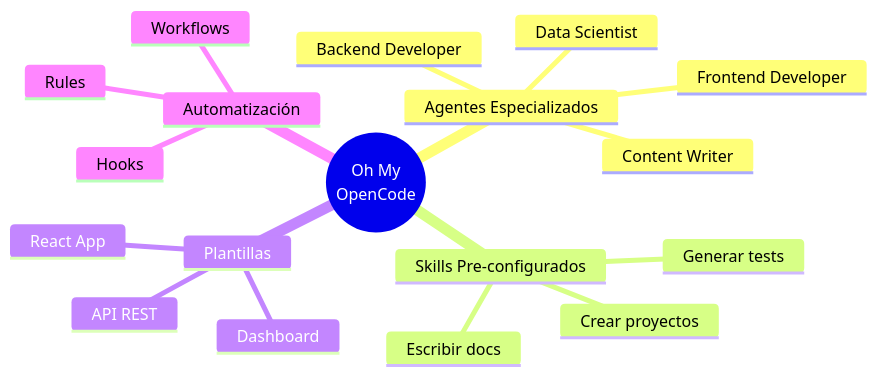
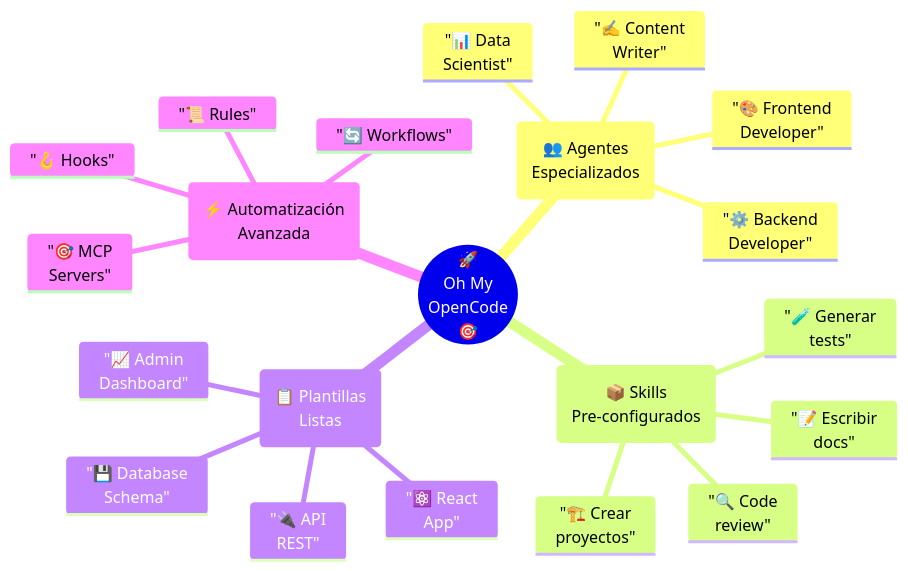
One commit to Ai-Whisperers/Courses-Content changed the seventh of 12 diagrams in courses/🟡-development/FPUNA-2026/00-FUNDAMENTOS-PRINCIPALES/01-configuracion-stack-ia.md. Above: the diagram before and after it, drawn with Mermaid. The commit also changed other lines of this file, not shown here.

First line of the commit message:
Replace Claude/Anthropic with OpenCode+Zen and improve all Mermaid diagrams

````diff
--- a/courses/🟡-development/FPUNA-2026/00-FUNDAMENTOS-PRINCIPALES/01-configuracion-stack-ia.md
+++ b/courses/🟡-development/FPUNA-2026/00-FUNDAMENTOS-PRINCIPALES/01-configuracion-stack-ia.md
@@ -385,21 +396,24 @@
 ```mermaid
 mindmap
-  root((Oh My<br/>OpenCode))
-    Agentes Especializados
-      Frontend Developer
-      Backend Developer
-      Data Scientist
-      Content Writer
-    Skills Pre-configurados
-      Crear proyectos
-      Generar tests
-      Escribir docs
-    Plantillas
-      React App
-      API REST
-      Dashboard
-    Automatización
-      Hooks
-      Rules
-      Workflows
+  root(("🚀<br/>Oh My<br/>OpenCode<br/>🎯"))
+    ("👥 Agentes<br/>Especializados")
+      "🎨 Frontend<br/>Developer"
+      "⚙️ Backend<br/>Developer"
+      "📊 Data<br/>Scientist"
+      "✍️ Content<br/>Writer"
+    ("📦 Skills<br/>Pre-configurados")
+      "🏗️ Crear<br/>proyectos"
+      "🧪 Generar<br/>tests"
+      "📝 Escribir<br/>docs"
+      "🔍 Code<br/>review"
+    ("📋 Plantillas<br/>Listas")
+      "⚛️ React<br/>App"
+      "🔌 API<br/>REST"
+      "📈 Admin<br/>Dashboard"
+      "💾 Database<br/>Schema"
+    ("⚡ Automatización<br/>Avanzada")
+      "🪝 Hooks"
+      "📜 Rules"
+      "🔄 Workflows"
+      "🎯 MCP<br/>Servers"
 ```
````
